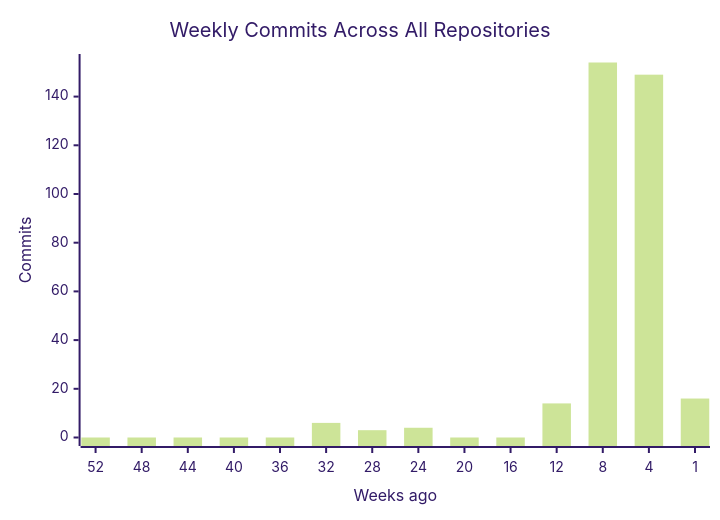
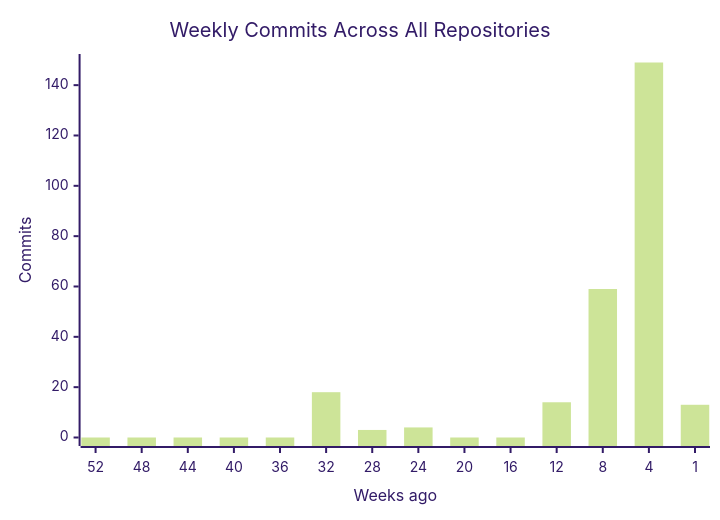
One commit to CSTH-Projects/.github changed the first of 4 diagrams in profile/README.md. Above: the diagram before and after it, drawn with Mermaid (forest theme). The commit also changed other lines of this file, not shown here.

````diff
--- a/profile/README.md
+++ b/profile/README.md
@@ -16,7 +16,7 @@
 ```mermaid
 xychart-beta
     title "Weekly Commits Across All Repositories"
     x-axis "Weeks ago" [52, 48, 44, 40, 36, 32, 28, 24, 20, 16, 12, 8, 4, 1]
     y-axis "Commits"
-    bar [0, 0, 0, 0, 0, 6, 3, 4, 0, 0, 14, 154, 149, 16]
+    bar [0, 0, 0, 0, 0, 18, 3, 4, 0, 0, 14, 59, 149, 13]
 ```
````
